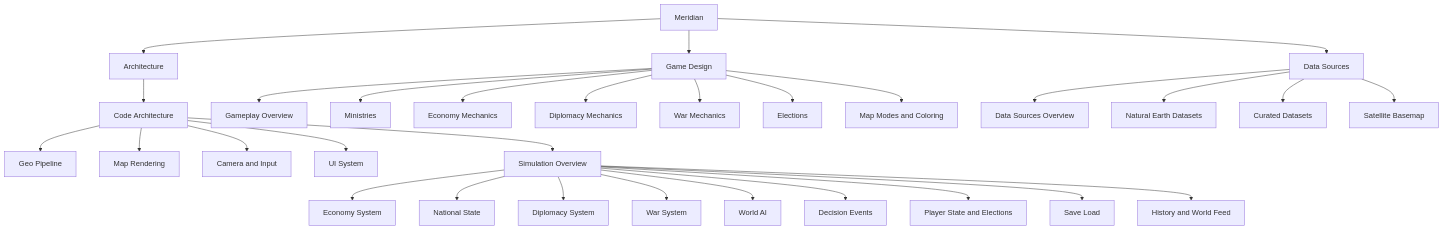
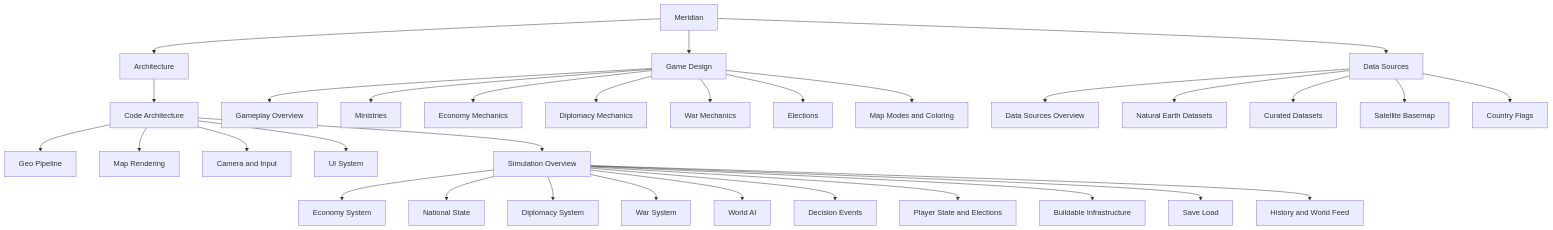
One commit to azalkadi/geopolitical-strategy-dashboard changed the diagram in docs/obsidian-vault/Meridian.md. Above: the diagram before and after it, drawn with Mermaid. The commit also changed other lines of this file and 491 other files, not shown here.

First line of the commit message:
Add country flags, casing-style road/rail visuals, and buildable infrastructure

````diff
--- a/docs/obsidian-vault/Meridian.md
+++ b/docs/obsidian-vault/Meridian.md
@@ -44,37 +44,39 @@
 ```mermaid
 graph TD
     Root[Meridian]
     Root --> Arch[Architecture]
     Root --> Design[Game Design]
     Root --> Data[Data Sources]
 
     Arch --> CA[Code Architecture]
     CA --> Geo[Geo Pipeline]
     CA --> MapR[Map Rendering]
     CA --> Cam[Camera and Input]
     CA --> UI[UI System]
     CA --> Sim[Simulation Overview]
 
     Sim --> Econ[Economy System]
     Sim --> Nat[National State]
     Sim --> Dip[Diplomacy System]
     Sim --> War[War System]
     Sim --> AI[World AI]
     Sim --> Events[Decision Events]
     Sim --> Player[Player State and Elections]
+    Sim --> Infra[Buildable Infrastructure]
     Sim --> Save[Save Load]
     Sim --> Hist[History and World Feed]
 
     Design --> Gameplay[Gameplay Overview]
     Design --> Min[Ministries]
     Design --> EconM[Economy Mechanics]
     Design --> DipM[Diplomacy Mechanics]
     Design --> WarM[War Mechanics]
     Design --> Elect[Elections]
     Design --> MapMode[Map Modes and Coloring]
 
     Data --> DSO[Data Sources Overview]
     Data --> NE[Natural Earth Datasets]
     Data --> Cur[Curated Datasets]
     Data --> Sat[Satellite Basemap]
+    Data --> Flags[Country Flags]
 ```
````
